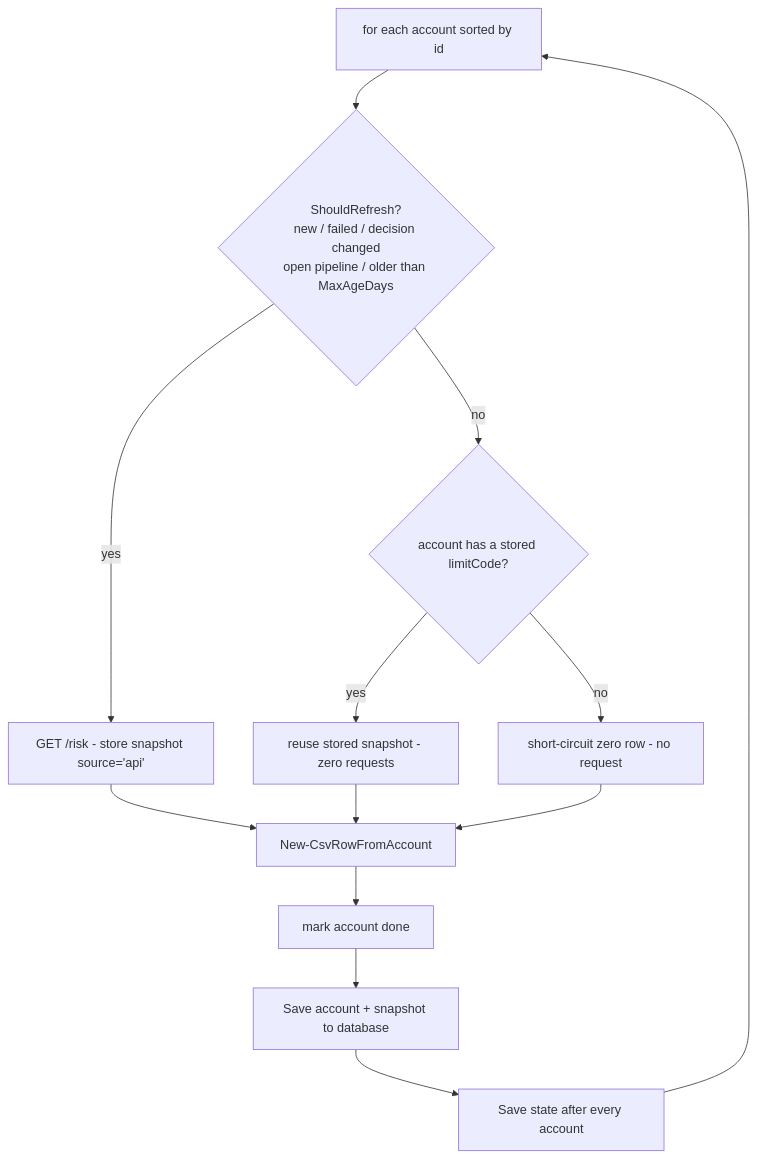
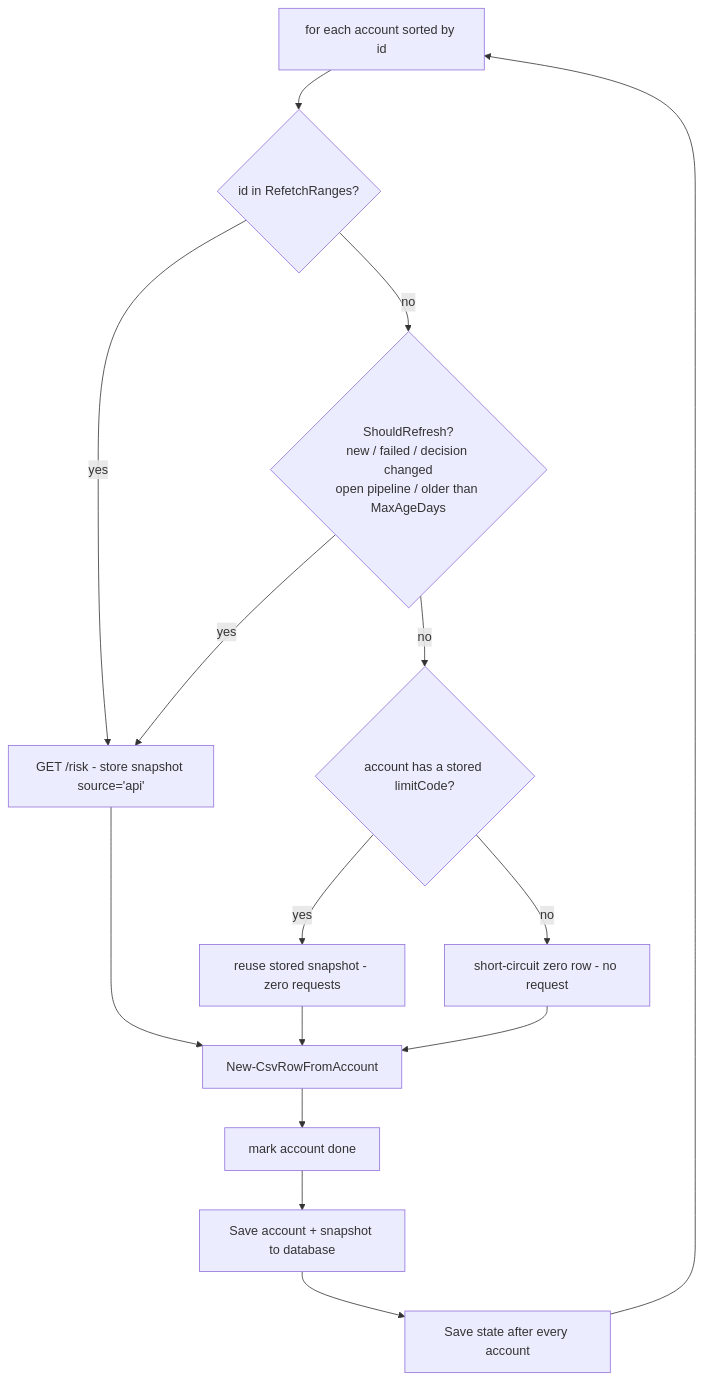
One commit to 403access/file_indexer changed the third of 4 diagrams in container-becker/README.md. Above: the diagram before and after it, drawn with Mermaid. The commit also changed other lines of this file and 4 other files, not shown here.

````diff
--- a/container-becker/README.md
+++ b/container-becker/README.md
@@ -145,15 +147,17 @@
 ```mermaid
 flowchart TD
-    A[for each account sorted by id] --> B{"ShouldRefresh?<br/>new / failed / decision changed<br/>open pipeline / older than MaxAgeDays"}
+    A[for each account sorted by id] --> R{"id in RefetchRanges?"}
+    R -- yes --> C[GET /risk - store snapshot source='api']
+    R -- no --> B{"ShouldRefresh?<br/>new / failed / decision changed<br/>open pipeline / older than MaxAgeDays"}
     B -- yes --> C[GET /risk - store snapshot source='api']
     B -- no --> D{"account has a stored limitCode?"}
     D -- yes --> E[reuse stored snapshot - zero requests]
     D -- no --> F[short-circuit zero row - no request]
     C --> G[New-CsvRowFromAccount]
     E --> G
     F --> G
     G --> H[mark account done]
     H --> I[Save account + snapshot to database]
     I --> J[Save state after every account]
     J --> A
 ```
````
